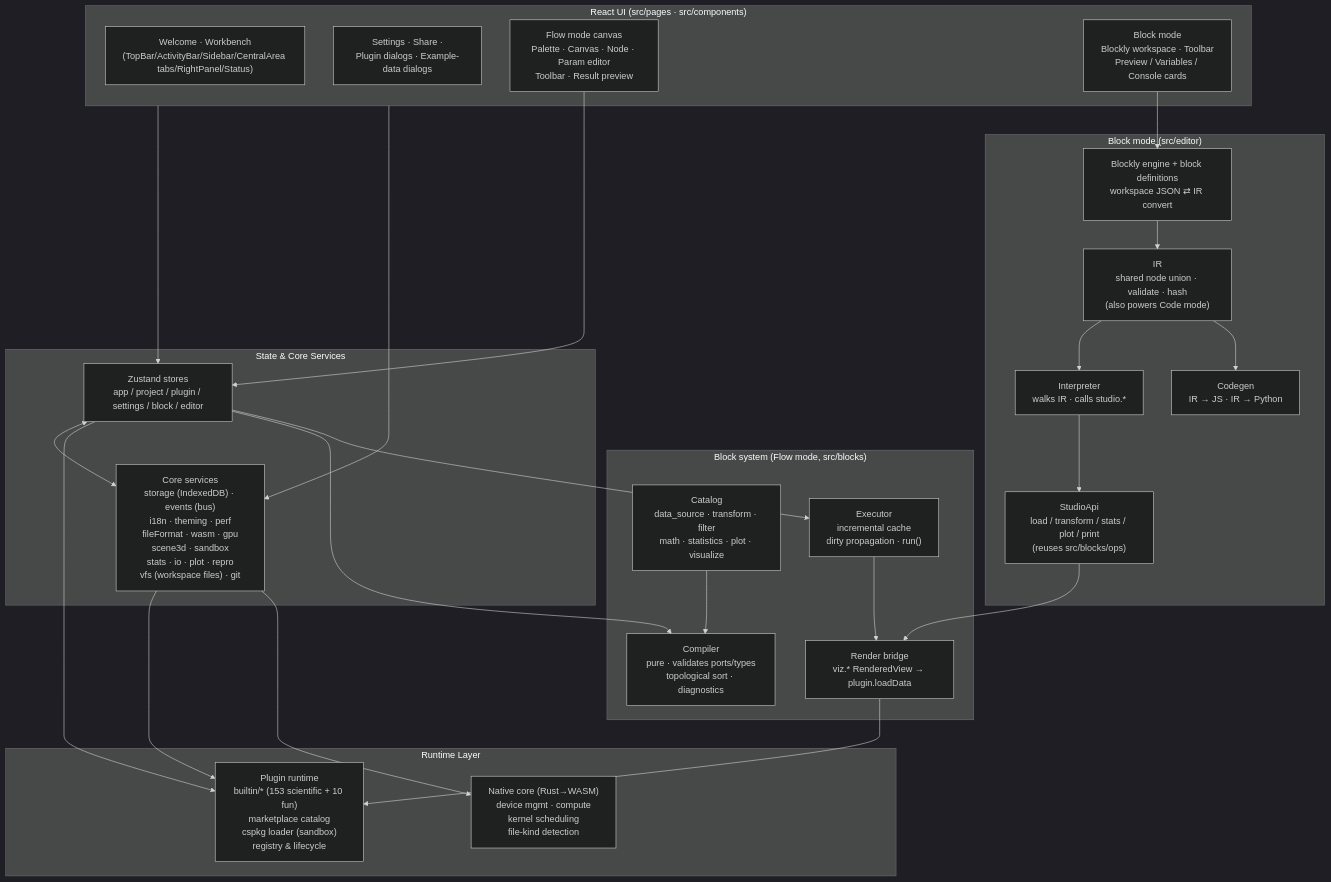
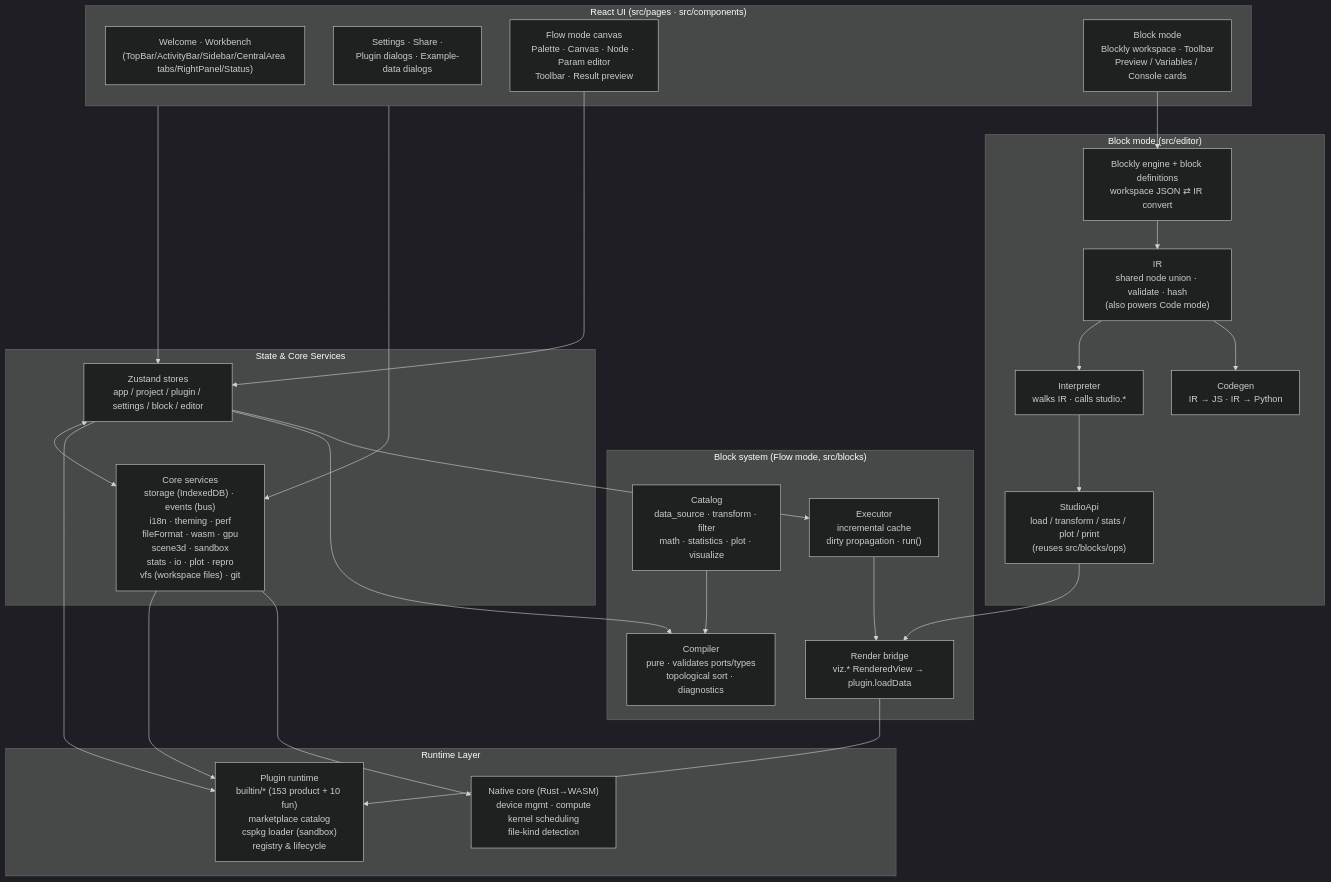
Before and after one commit to SnowLeopard-io/ErgalicsStudio: the diagram in docs/guide/architecture.md, drawn with Mermaid (dark theme). The commit also changed 12 other files, not shown here.

````diff
--- a/docs/guide/architecture.md
+++ b/docs/guide/architecture.md
@@ -5,53 +5,53 @@
 ```mermaid
 flowchart TB
     subgraph UI["React UI (src/pages · src/components)"]
         A1["Welcome · Workbench<br/>(TopBar/ActivityBar/Sidebar/CentralArea tabs/RightPanel/Status)"]
         A2["Settings · Share ·<br/>Plugin dialogs · Example-data dialogs"]
         A3["Flow mode canvas<br/>Palette · Canvas · Node · Param editor<br/>Toolbar · Result preview"]
         A4["Block mode<br/>Blockly workspace · Toolbar<br/>Preview / Variables / Console cards"]
     end
 
     subgraph State["State & Core Services"]
         B1["Zustand stores<br/>app / project / plugin / settings / block / editor"]
         B2["Core services<br/>storage (IndexedDB) · events (bus)<br/>i18n · theming · perf<br/>fileFormat · wasm · gpu<br/>scene3d · sandbox<br/>stats · io · plot · repro<br/>vfs (workspace files) · git"]
     end
 
     subgraph Blocks["Block system (Flow mode, src/blocks)"]
         D1["Catalog<br/>data_source · transform · filter<br/>math · statistics · plot · visualize"]
         D2["Compiler<br/>pure · validates ports/types<br/>topological sort · diagnostics"]
         D3["Executor<br/>incremental cache<br/>dirty propagation · run()"]
         D4["Render bridge<br/>viz.* RenderedView → plugin.loadData"]
     end
 
     subgraph Editor["Block mode (src/editor)"]
         E1["IR<br/>shared node union · validate · hash<br/>(also powers Code mode)"]
         E2["Blockly engine + block definitions<br/>workspace JSON ⇄ IR convert"]
         E3["Interpreter<br/>walks IR · calls studio.*"]
         E4["Codegen<br/>IR → JS · IR → Python"]
         E5["StudioApi<br/>load / transform / stats / plot / print<br/>(reuses src/blocks/ops)"]
     end
 
     subgraph Runtime["Runtime Layer"]
-        C1["Plugin runtime<br/>builtin/* (153 scientific + 10 fun)<br/>marketplace catalog<br/>cspkg loader (sandbox)<br/>registry & lifecycle"]
+        C1["Plugin runtime<br/>builtin/* (153 product + 10 fun)<br/>marketplace catalog<br/>cspkg loader (sandbox)<br/>registry & lifecycle"]
         C2["Native core (Rust→WASM)<br/>device mgmt · compute<br/>kernel scheduling<br/>file-kind detection"]
     end
 
     UI --> B1
     UI --> B2
     B1 <--> B2
     B1 --> C1
     B2 --> C1
     B2 --> C2
     A3 --> B1
     B1 --> D2
     B1 --> D3
     D1 --> D2
     D3 --> D4
     D4 --> C1
     A4 --> E2
     E2 --> E1
     E1 --> E3
     E1 --> E4
     E3 --> E5
     E5 --> D4
 ```
````
